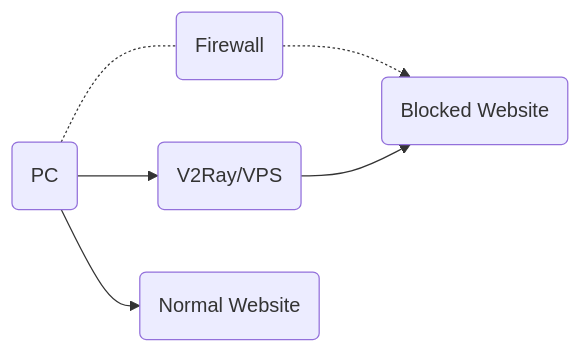
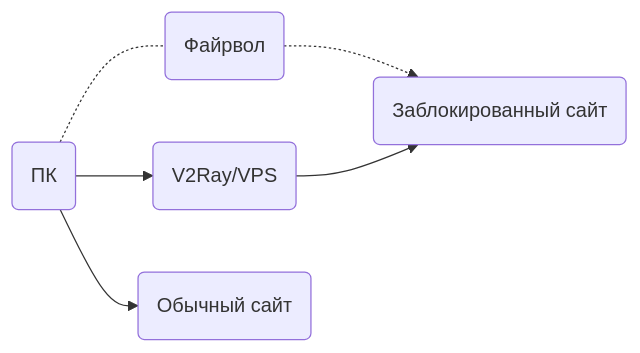
The first of 3 diagrams in ru/welcome/workflow.md (v2ray/manual), drawn with Mermaid before and after one commit. The commit also changed other lines of this file, not shown here.

````diff
--- a/ru/welcome/workflow.md
+++ b/ru/welcome/workflow.md
@@ -11,8 +11,8 @@
 ```mermaid
 graph LR;
-A(PC) -.- B(Firewall);
-B -.-> C(Blocked Website);
+A(ПК) -.- B(Файрвол);
+B -.-> C(Заблокированный сайт);
 A --> D(V2Ray/VPS);
 D --> C;
-A --> E(Normal Website);
+A --> E(Обычный сайт);
 ```
````
